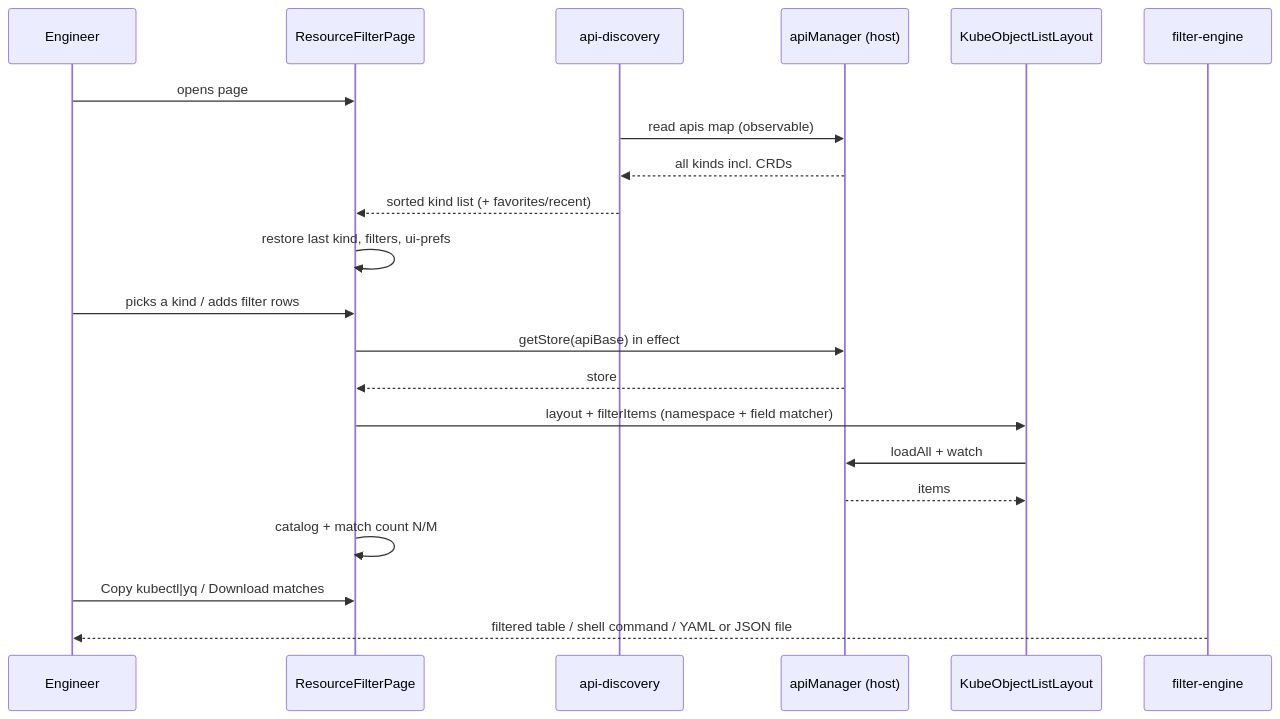
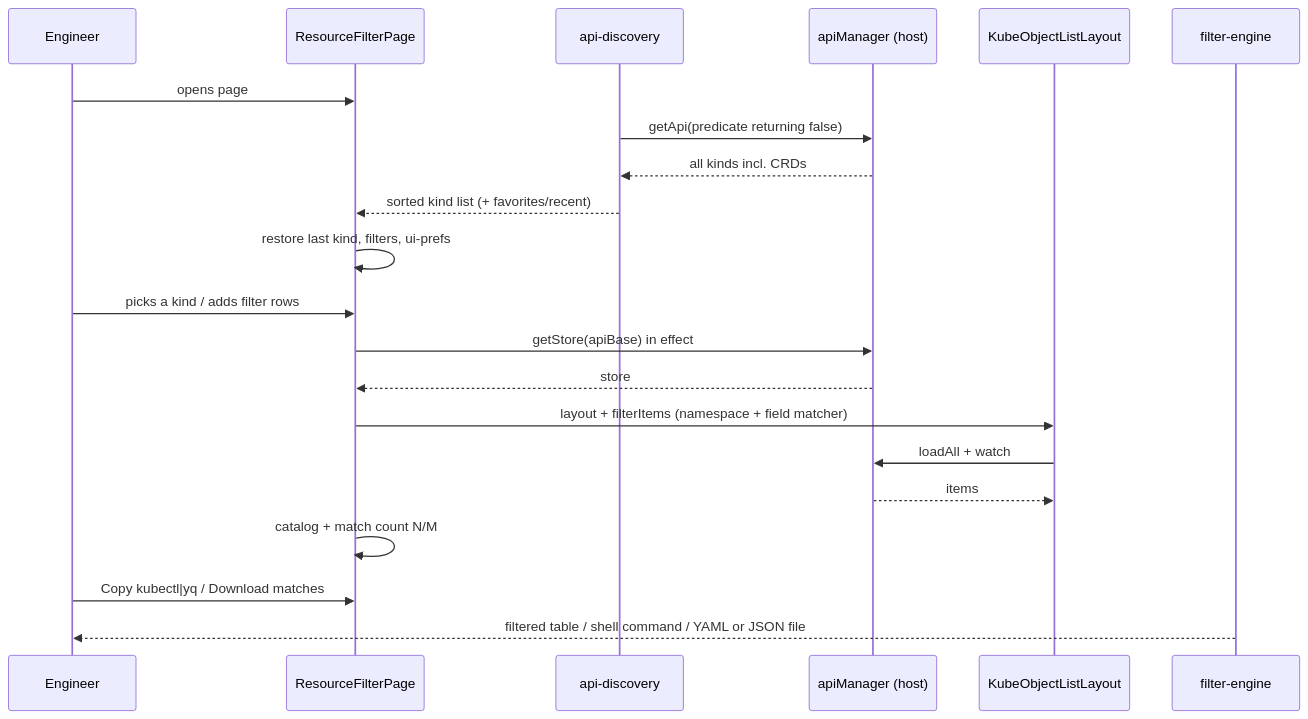
One commit to mojish/freelens-resource-filter-extension changed the second of 2 diagrams in docs/ARCHITECTURE.md. Above: the diagram before and after it, drawn with Mermaid. The commit also changed other lines of this file and 23 other files, not shown here.

````diff
--- a/docs/ARCHITECTURE.md
+++ b/docs/ARCHITECTURE.md
@@ -65,24 +67,24 @@
 ```mermaid
 sequenceDiagram
     participant U as Engineer
     participant P as ResourceFilterPage
     participant D as api-discovery
     participant AM as apiManager (host)
     participant L as KubeObjectListLayout
     participant FE as filter-engine
 
     U->>P: opens page
-    D->>AM: read apis map (observable)
+    D->>AM: getApi(predicate returning false)
     AM-->>D: all kinds incl. CRDs
     D-->>P: sorted kind list (+ favorites/recent)
     P->>P: restore last kind, filters, ui-prefs
     U->>P: picks a kind / adds filter rows
     P->>AM: getStore(apiBase) in effect
     AM-->>P: store
     P->>L: layout + filterItems (namespace + field matcher)
     L->>AM: loadAll + watch
     AM-->>L: items
     P->>P: catalog + match count N/M
     U->>P: Copy kubectl|yq / Download matches
     FE-->>U: filtered table / shell command / YAML or JSON file
 ```
````
